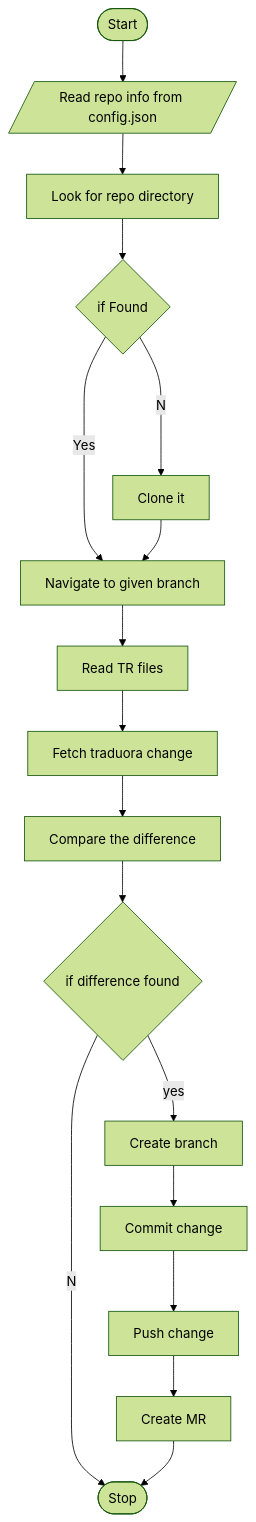
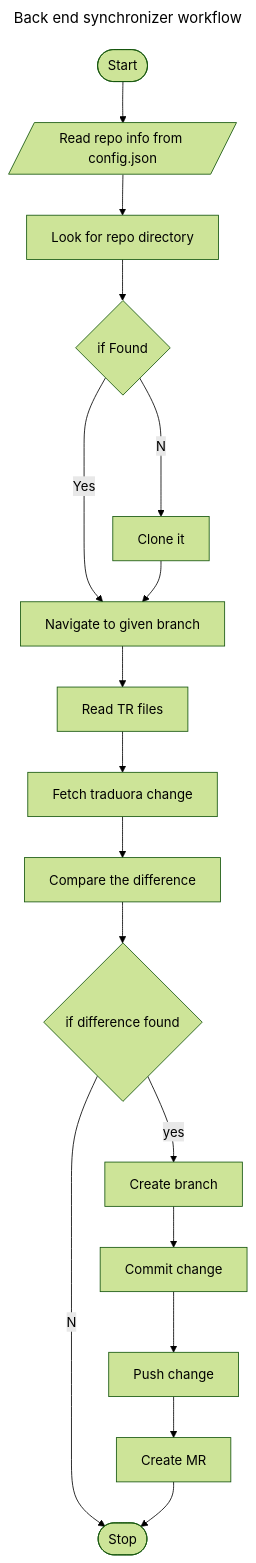
One commit to mnisiddique/my_documents changed the diagram in project_stories/TMS_WORK_FLOW.md. Above: the diagram before and after it, drawn with Mermaid (forest theme).

Commit message:
adds title again

````diff
--- a/project_stories/TMS_WORK_FLOW.md
+++ b/project_stories/TMS_WORK_FLOW.md
@@ -1,20 +1,22 @@
 ```mermaid
-
+---
+title: Back end synchronizer workflow
+---
 graph TD
    id1([Start]) --> id2[/Read repo info from config.json/];
    id2[/Read repo info from config.json/] --> id3["Look for repo directory"];
    id3["Look for repo directory"] --> id4{if Found};
    id4{if Found} --No-->id5["Clone it"];
    id4{if Found} --Yes-->id6["Navigate to given branch"];
    id5["Clone it"]-->id6["Navigate to given branch"]
    id6["Navigate to given branch"]--> id7["Read TR files"];
    id7["Read TR files"]--> id8["Fetch traduora change"];
    id8["Fetch traduora change"]--> id9["Compare the difference"];
    id9["Compare the difference"]--> id10{if difference found};
    id10{if difference found}--No-->id11([Stop]);
    id10{if difference found}--yes-->id12["Create branch"];
    id12["Create branch"]-->id13["Commit change"];
    id13["Commit change"]-->id14["Push change"];
    id14["Push change"]-->id15["Create MR"];
    id15["Create MR"]-->id11([Stop]);
 ```
````
